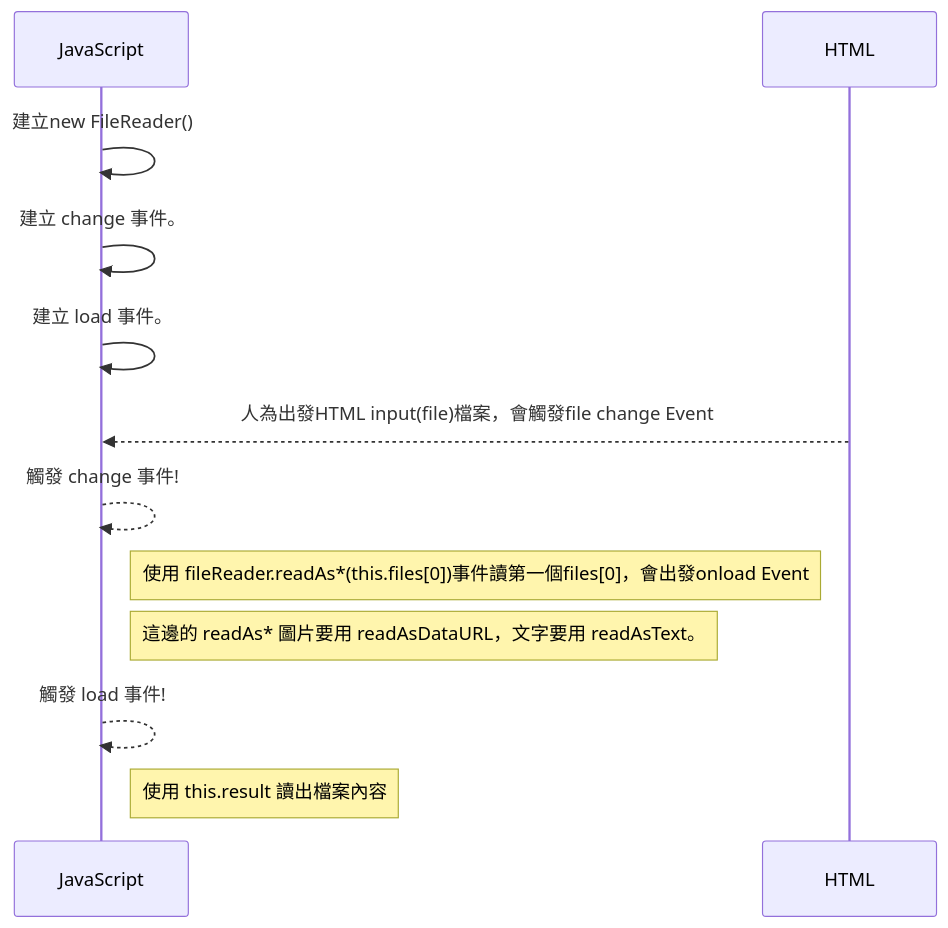
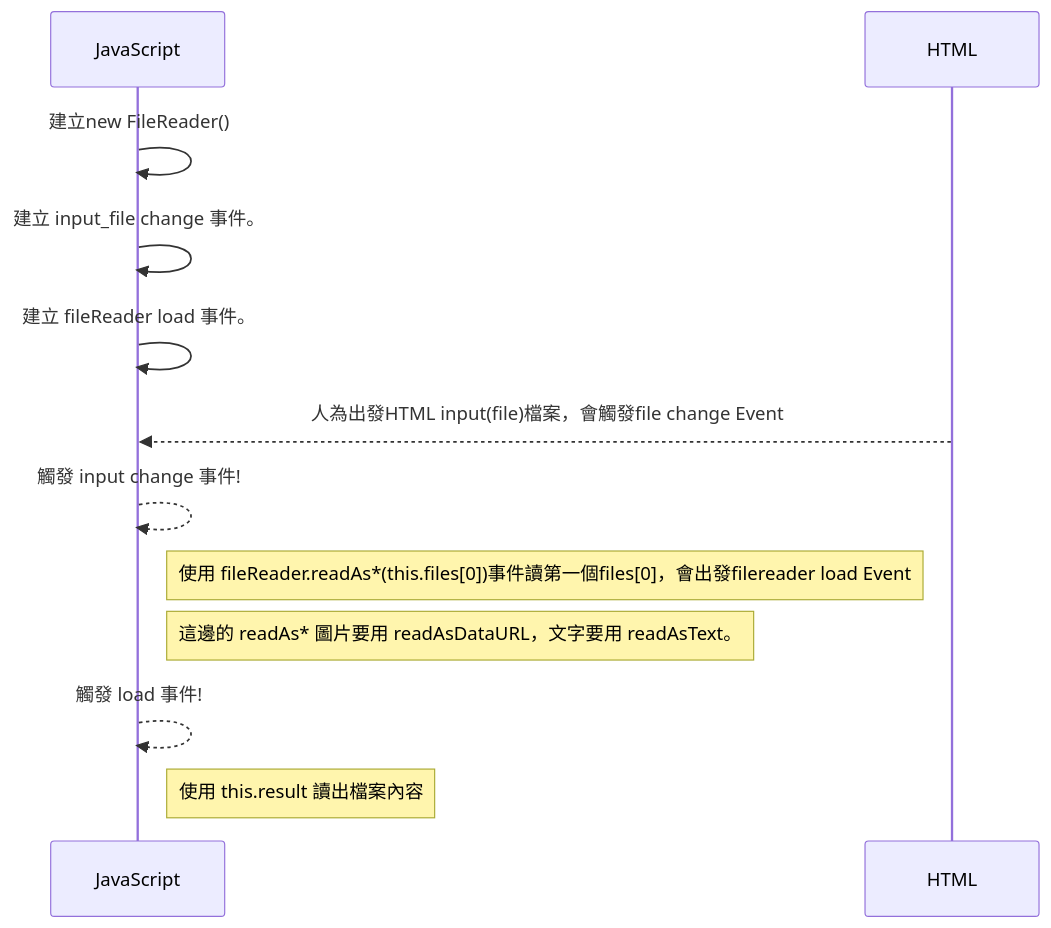
The diagram in source/_posts/JS-使用-FileReader-讀取檔案方法和下載檔案-Blob-方法.md (malagege/oldBlog), drawn with Mermaid before and after one commit. The commit also changed 6 other files, not shown here.

```diff
--- a/source/_posts/JS-使用-FileReader-讀取檔案方法和下載檔案-Blob-方法.md
+++ b/source/_posts/JS-使用-FileReader-讀取檔案方法和下載檔案-Blob-方法.md
@@ -12,12 +12,12 @@
 {% mermaid sequenceDiagram %} 
     JavaScript->>JavaScript: 建立new FileReader();
-    JavaScript->>JavaScript: 建立 change 事件。
-    JavaScript->>JavaScript: 建立 load 事件。
+    JavaScript->>JavaScript: 建立 input_file change 事件。
+    JavaScript->>JavaScript: 建立 fileReader load 事件。
     HTML-->>JavaScript: 人為出發HTML input(file)檔案，會觸發file change Event
-    JavaScript-->>JavaScript: 觸發 change 事件!
+    JavaScript-->>JavaScript: 觸發 input change 事件!
     participant JavaScript
-    Note right of JavaScript: 使用 fileReader.readAs*(this.files[0])事件讀第一個files[0]，會出發onload Event
+    Note right of JavaScript: 使用 fileReader.readAs*(this.files[0])事件讀第一個files[0]，會出發filereader load Event
     Note right of JavaScript: 這邊的 readAs* 圖片要用 readAsDataURL，文字要用 readAsText。
     JavaScript-->>JavaScript: 觸發 load 事件!
     Note right of JavaScript: 使用 this.result 讀出檔案內容
 {% endmermaid %}
```
